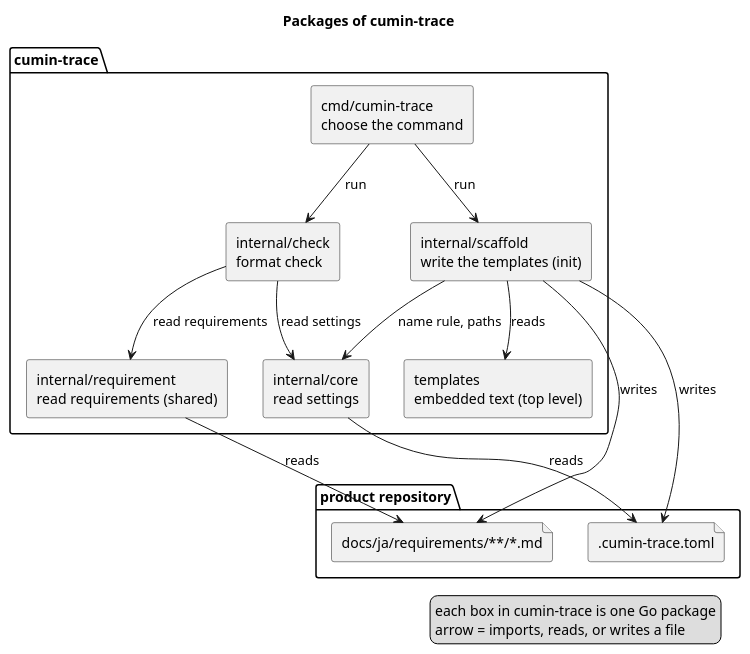
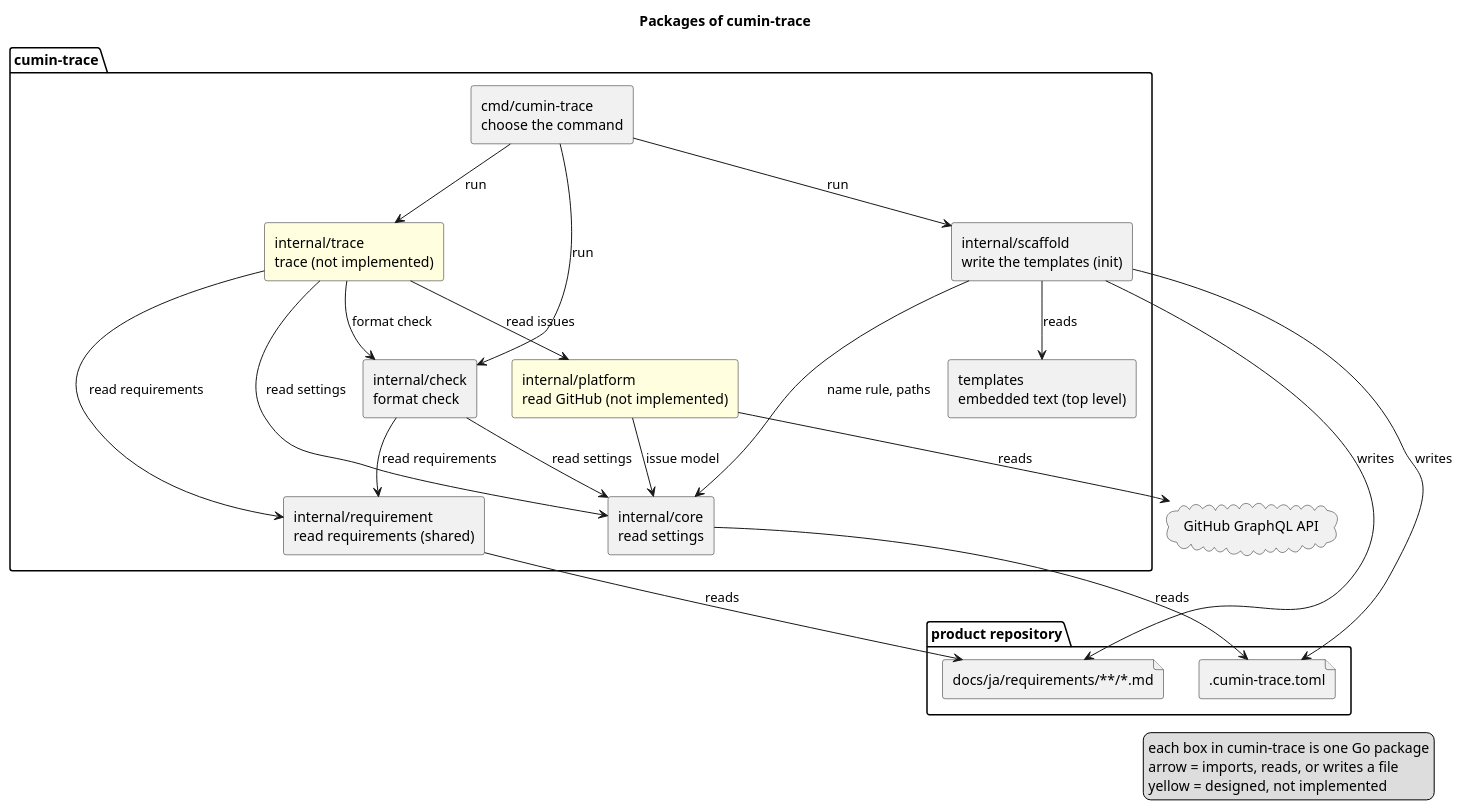
One commit to cloveclovedev/cumin-trace changed the diagram in docs/ja/architecture/overview.puml. Above: the diagram before and after it, drawn with PlantUML. The commit also changed 12 other files, not shown here.

```diff
--- a/docs/ja/architecture/overview.puml
+++ b/docs/ja/architecture/overview.puml
@@ -1,35 +1,47 @@
 @startuml overview
 title Packages of cumin-trace
 skinparam shadowing false
 skinparam componentStyle rectangle
 
 package "product repository" {
   file ".cumin-trace.toml" as toml
   file "docs/ja/requirements/**/*.md" as docs
 }
 
 package "cumin-trace" {
   [cmd/cumin-trace\nchoose the command] as cmd
   [internal/check\nformat check] as check
   [internal/requirement\nread requirements (shared)] as requirement
   [internal/core\nread settings] as core
   [internal/scaffold\nwrite the templates (init)] as scaffold
   [templates\nembedded text (top level)] as templates
+  [internal/trace\ntrace (not implemented)] as trace #LightYellow
+  [internal/platform\nread GitHub (not implemented)] as platform #LightYellow
 }
+
+cloud "GitHub GraphQL API" as api
 
 cmd --> check : run
 cmd --> scaffold : run
+cmd --> trace : run
+trace --> check : format check
+trace --> requirement : read requirements
+trace --> core : read settings
+trace --> platform : read issues
+platform --> core : issue model
+platform --> api : reads
 scaffold --> templates : reads
 scaffold --> core : name rule, paths
 scaffold --> toml : writes
 scaffold --> docs : writes
 check --> requirement : read requirements
 check --> core : read settings
 core --> toml : reads
 requirement --> docs : reads
 
 legend right
   each box in cumin-trace is one Go package
   arrow = imports, reads, or writes a file
+  yellow = designed, not implemented
 endlegend
 @enduml
```
